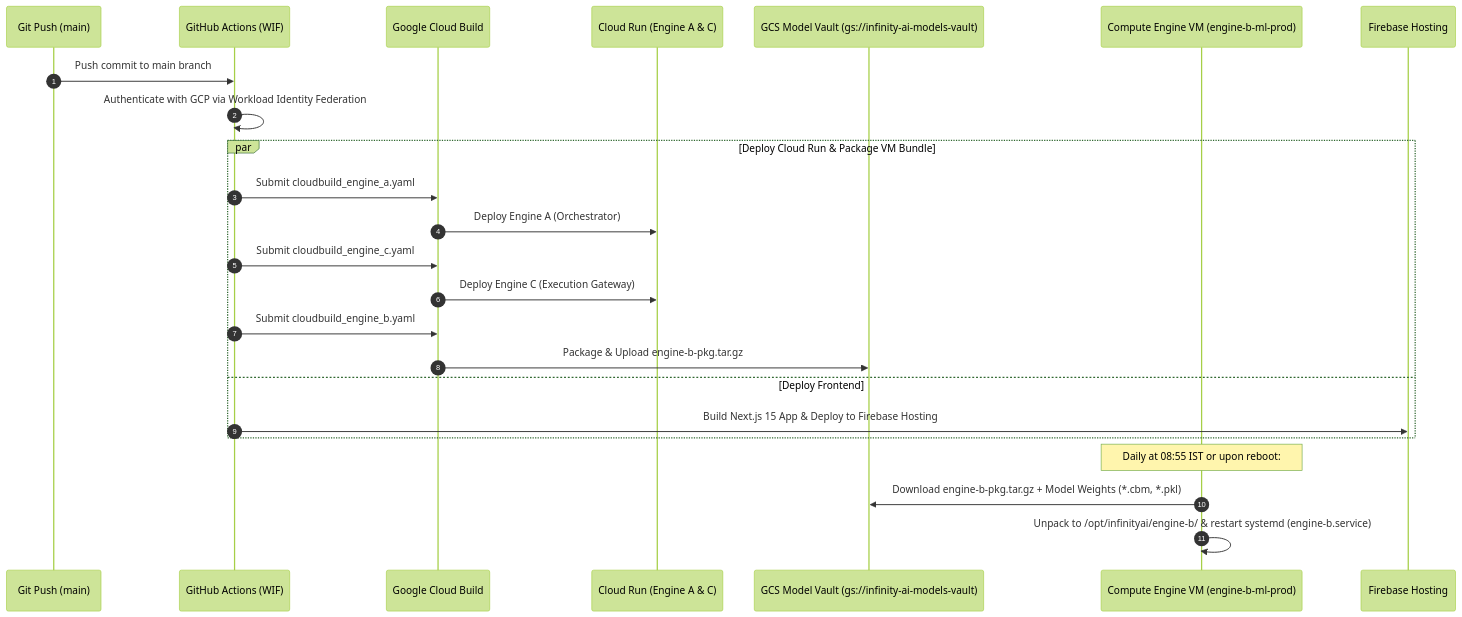
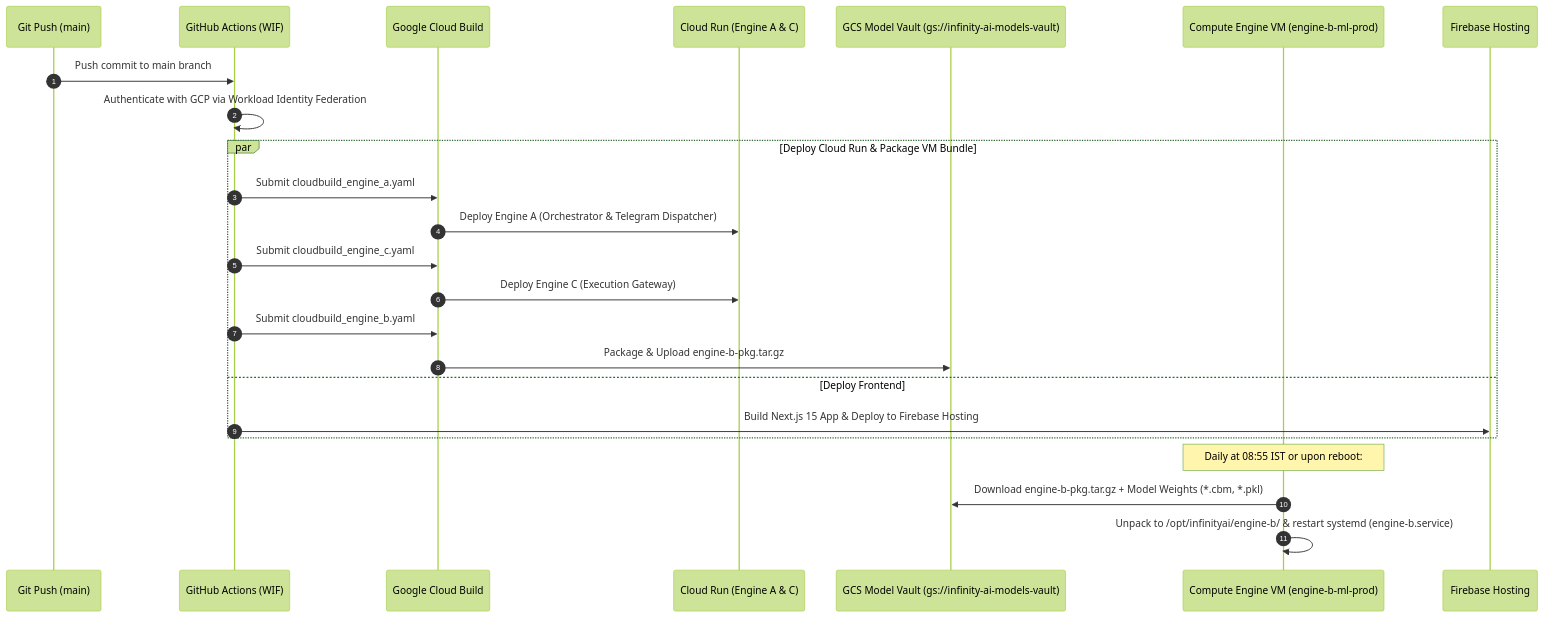
Before and after one commit to raghu-1718/InfinityAI.Pro: the second of 2 diagrams in README.md, drawn with Mermaid (forest theme). The commit also changed other lines of this file and 10 other files, not shown here.

````diff
--- a/README.md
+++ b/README.md
@@ -157,31 +192,31 @@
 ```mermaid
 sequenceDiagram
     autonumber
     participant Dev as Git Push (main)
     participant GHA as GitHub Actions (WIF)
     participant CB as Google Cloud Build
     participant CR as Cloud Run (Engine A & C)
     participant GCS as GCS Model Vault (gs://infinity-ai-models-vault)
     participant VM as Compute Engine VM (engine-b-ml-prod)
     participant FB as Firebase Hosting
 
     Dev->>GHA: Push commit to main branch
     GHA->>GHA: Authenticate with GCP via Workload Identity Federation
     
     par Deploy Cloud Run & Package VM Bundle
         GHA->>CB: Submit cloudbuild_engine_a.yaml
-        CB->>CR: Deploy Engine A (Orchestrator)
+        CB->>CR: Deploy Engine A (Orchestrator & Telegram Dispatcher)
         
         GHA->>CB: Submit cloudbuild_engine_c.yaml
         CB->>CR: Deploy Engine C (Execution Gateway)
         
         GHA->>CB: Submit cloudbuild_engine_b.yaml
         CB->>GCS: Package & Upload engine-b-pkg.tar.gz
     and Deploy Frontend
         GHA->>FB: Build Next.js 15 App & Deploy to Firebase Hosting
     end
 
     Note over VM: Daily at 08:55 IST or upon reboot:
     VM->>GCS: Download engine-b-pkg.tar.gz + Model Weights (*.cbm, *.pkl)
     VM->>VM: Unpack to /opt/infinityai/engine-b/ & restart systemd (engine-b.service)
 ```
````
